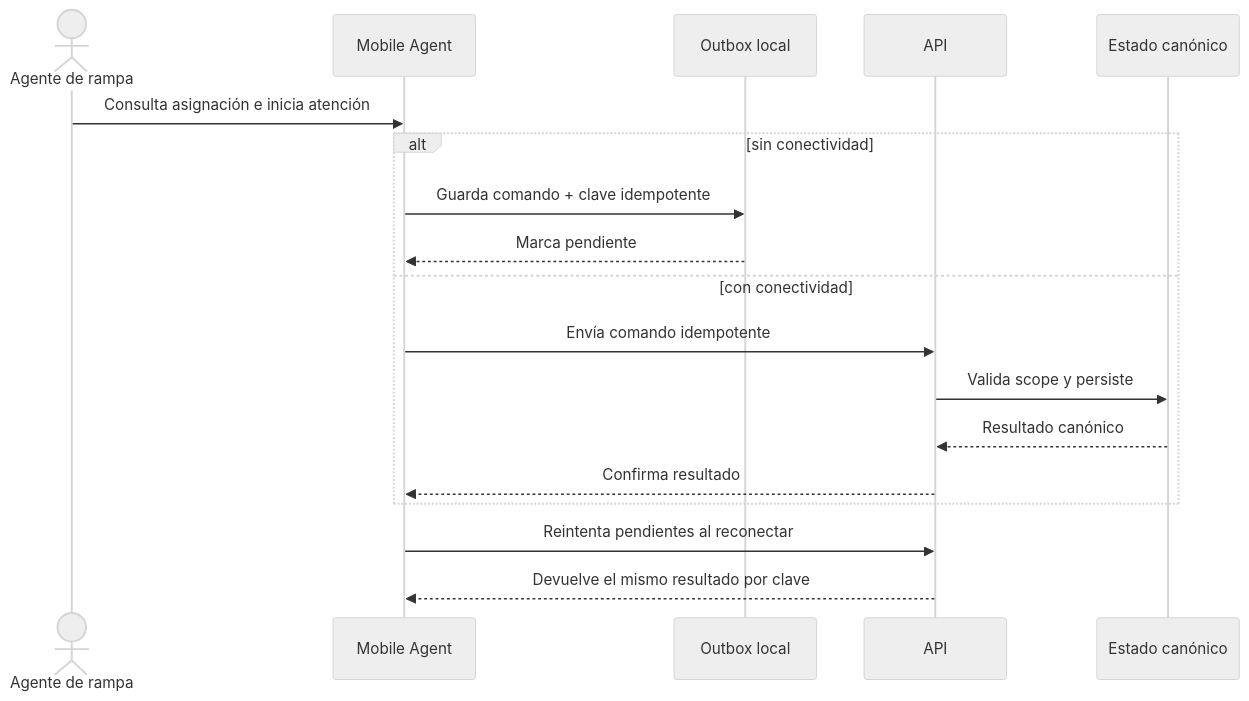
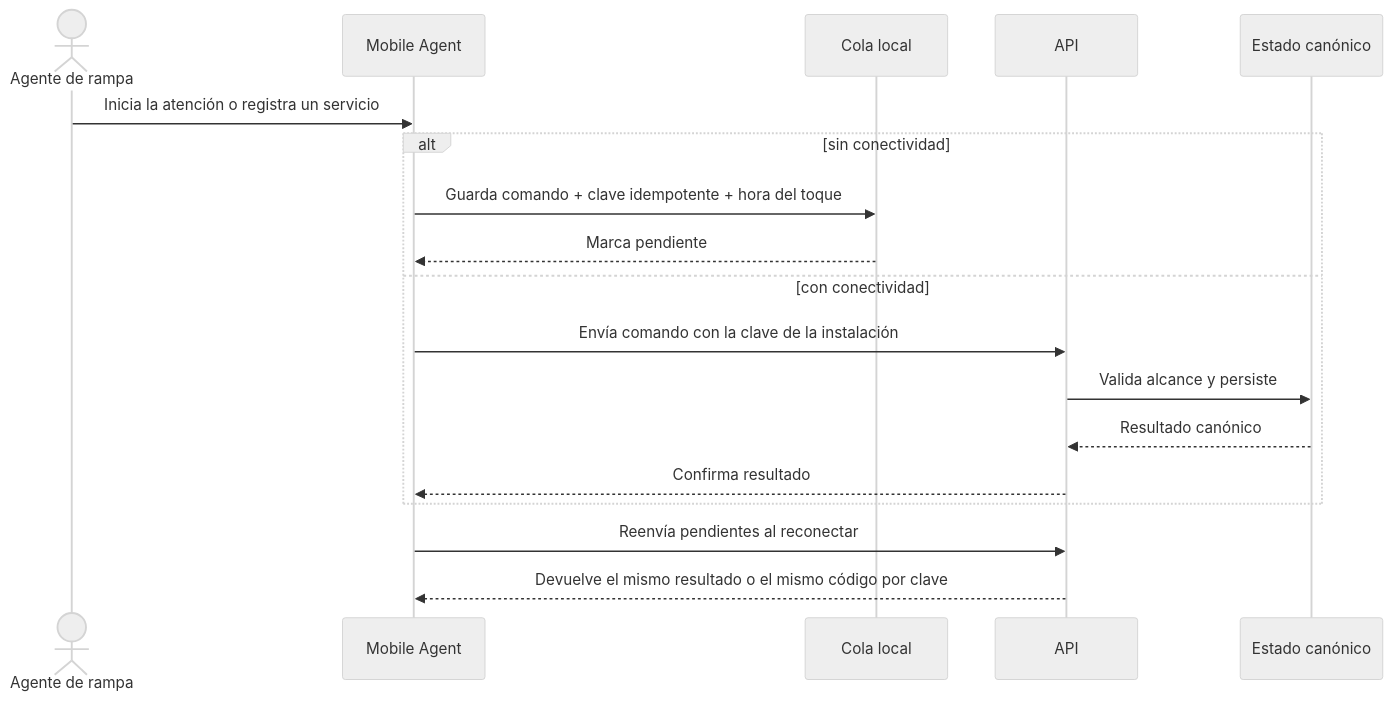
The second of 2 diagrams in Vault/02-producto/recorridos-end-to-end.md (ErickEduardo027/ELEVANT), drawn with Mermaid (neutral theme) before and after one commit. The commit also changed other lines of this file and 51 other files, not shown here.

````diff
--- a/Vault/02-producto/recorridos-end-to-end.md
+++ b/Vault/02-producto/recorridos-end-to-end.md
@@ -73,20 +123,20 @@
 ```mermaid
 sequenceDiagram
     actor R as Agente de rampa
     participant M as Mobile Agent
-    participant O as Outbox local
+    participant O as Cola local
     participant A as API
     participant D as Estado canónico
-    R->>M: Consulta asignación e inicia atención
+    R->>M: Inicia la atención o registra un servicio
     alt sin conectividad
-      M->>O: Guarda comando + clave idempotente
+      M->>O: Guarda comando + clave idempotente + hora del toque
       O-->>M: Marca pendiente
     else con conectividad
-      M->>A: Envía comando idempotente
-      A->>D: Valida scope y persiste
+      M->>A: Envía comando con la clave de la instalación
+      A->>D: Valida alcance y persiste
       D-->>A: Resultado canónico
       A-->>M: Confirma resultado
     end
-    M->>A: Reintenta pendientes al reconectar
-    A-->>M: Devuelve el mismo resultado por clave
+    M->>A: Reenvía pendientes al reconectar
+    A-->>M: Devuelve el mismo resultado o el mismo código por clave
 ```
````
